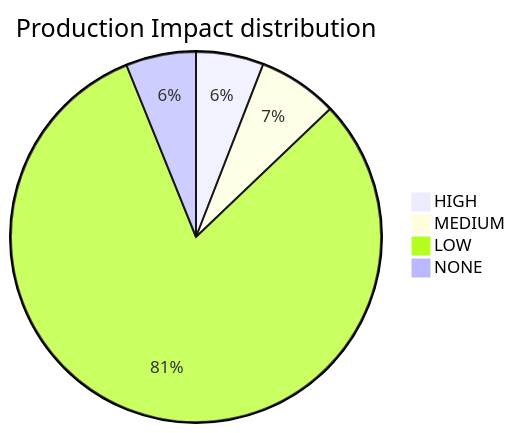
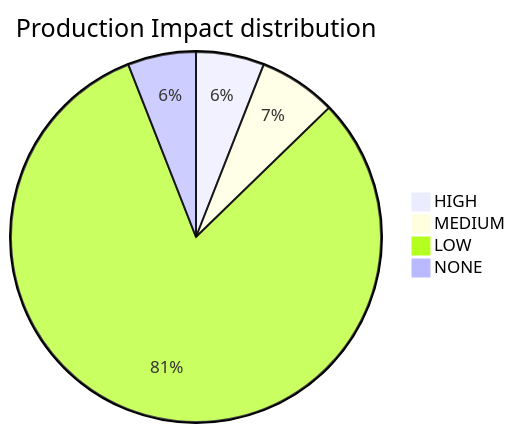
One commit to mikeybeezy/goldenpath-idp-infra changed the diagram in docs/10-governance/reports/HEALTH_AUDIT_LOG.md. Above: the diagram before and after it, drawn with Mermaid. The commit also changed other lines of this file and 47 other files, not shown here.

````diff
--- a/docs/10-governance/reports/HEALTH_AUDIT_LOG.md
+++ b/docs/10-governance/reports/HEALTH_AUDIT_LOG.md
@@ -93,7 +93,7 @@
 ```mermaid
 pie title Production Impact distribution
-    "HIGH" : 28
+    "HIGH" : 29
     "MEDIUM" : 33
-    "LOW" : 384
+    "LOW" : 396
     "NONE" : 29
 ```
````
